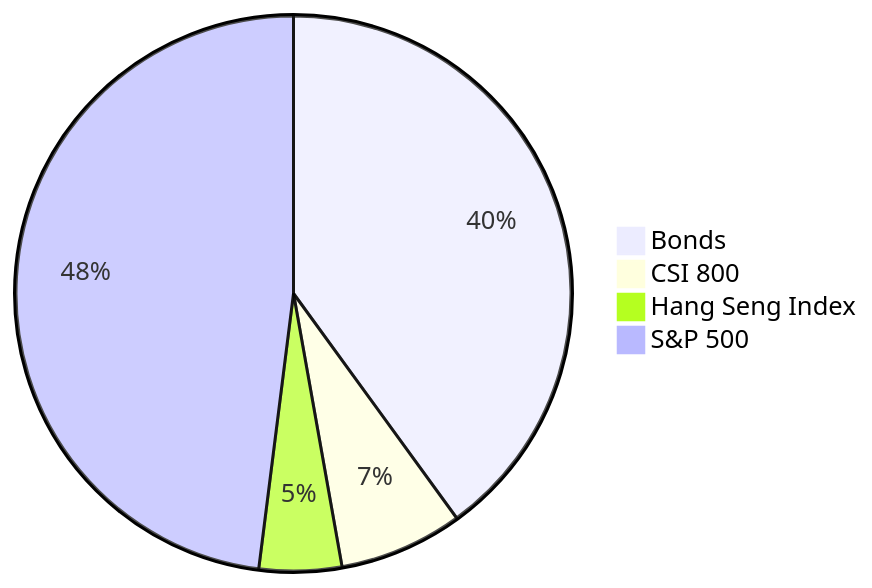
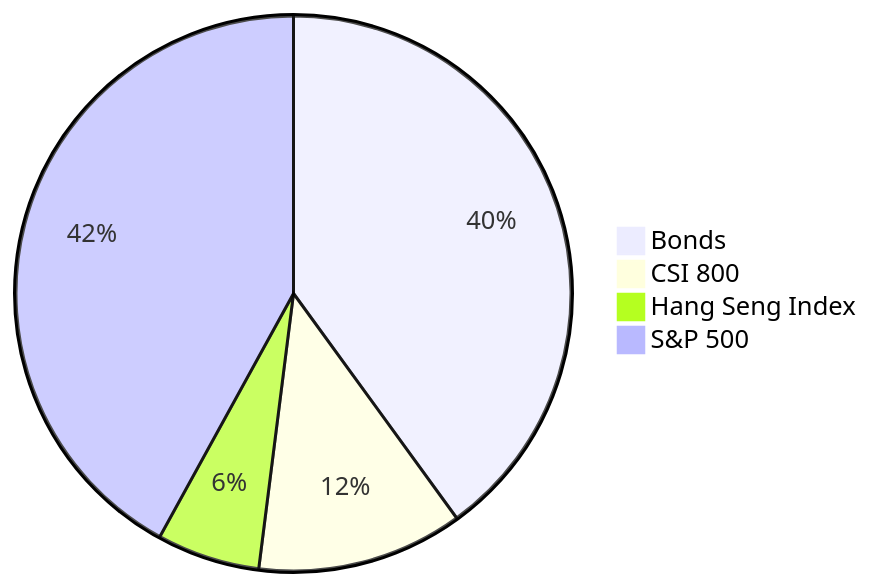
Before and after one commit to low-earth-orbit/notes: the third of 5 diagrams in chinese-couch-potato.md, drawn with Mermaid. The commit also changed other lines of this file and 4 other files, not shown here.

````diff
--- a/chinese-couch-potato.md
+++ b/chinese-couch-potato.md
@@ -159,7 +151,7 @@
 ```mermaid
 pie
 "Bonds" : 40
-"CSI 800" : 7.2
-"Hang Seng Index" : 4.8
-"S&P 500" : 48
+"CSI 800" : 12
+"Hang Seng Index" : 6
+"S&P 500" : 42
 ```
````
